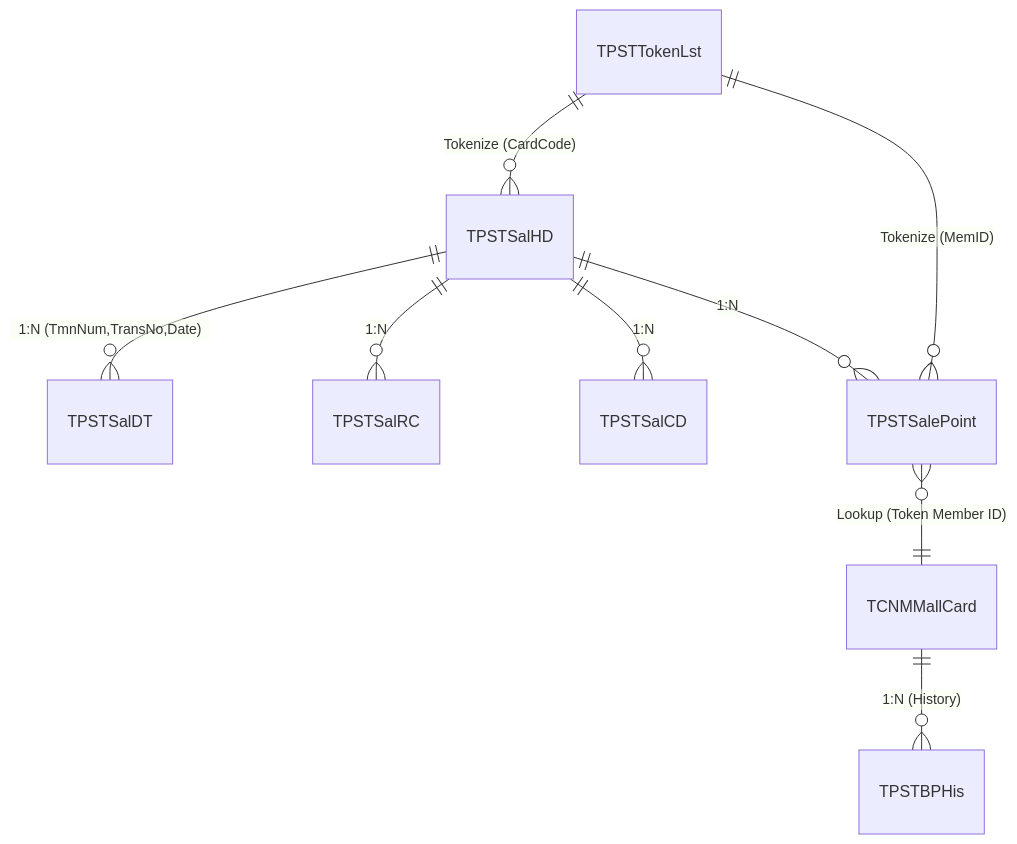
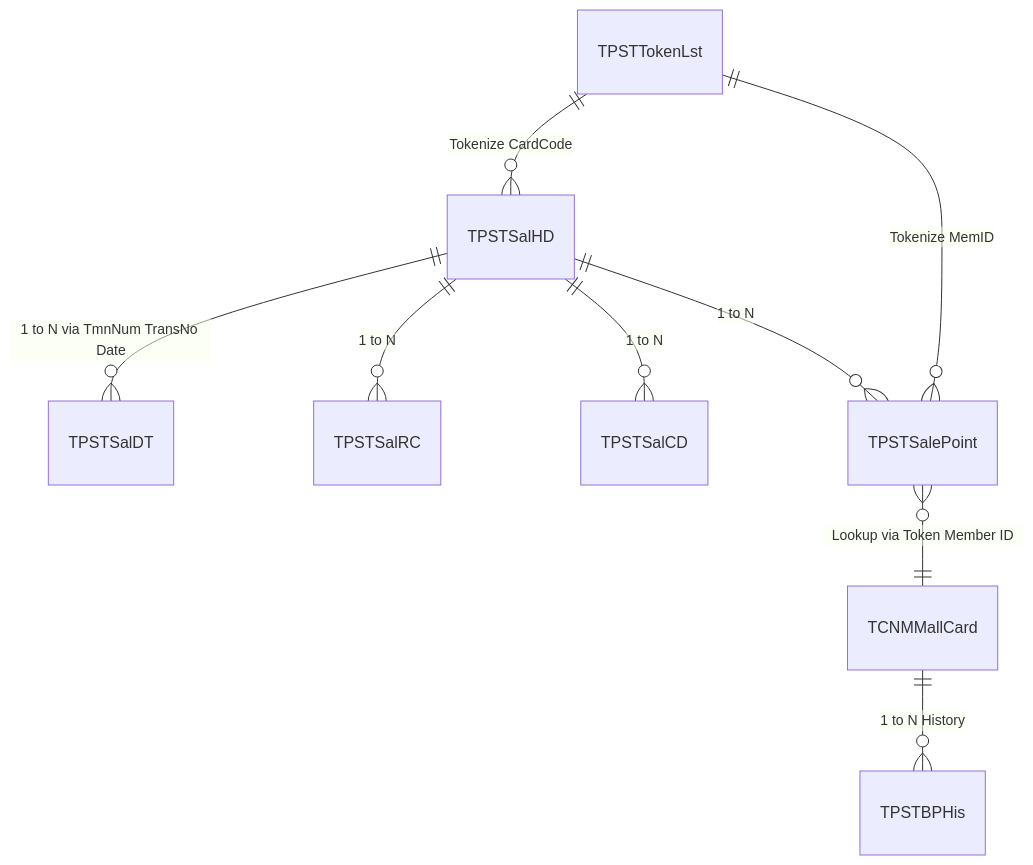
One commit to fth-support/rev_engineer changed the diagram in knowledge-pool/dist/docs/02_Data_Dictionary.md. Above: the diagram before and after it, drawn with Mermaid. The commit also changed 51 other files, not shown here.

````diff
--- a/knowledge-pool/dist/docs/02_Data_Dictionary.md
+++ b/knowledge-pool/dist/docs/02_Data_Dictionary.md
@@ -19,13 +19,13 @@
 ```mermaid
 erDiagram
-    TPSTSalHD ||--o{ TPSTSalDT : "1:N (TmnNum,TransNo,Date)"
-    TPSTSalHD ||--o{ TPSTSalRC : "1:N"
-    TPSTSalHD ||--o{ TPSTSalCD : "1:N"
-    TPSTSalHD ||--o{ TPSTSalePoint : "1:N"
+    TPSTSalHD ||--o{ TPSTSalDT : "1 to N via TmnNum TransNo Date"
+    TPSTSalHD ||--o{ TPSTSalRC : "1 to N"
+    TPSTSalHD ||--o{ TPSTSalCD : "1 to N"
+    TPSTSalHD ||--o{ TPSTSalePoint : "1 to N"
     
-    TPSTSalePoint }o--|| TCNMMallCard : "Lookup (Token Member ID)"
-    TCNMMallCard ||--o{ TPSTBPHis : "1:N (History)"
+    TPSTSalePoint }o--|| TCNMMallCard : "Lookup via Token Member ID"
+    TCNMMallCard ||--o{ TPSTBPHis : "1 to N History"
     
-    TPSTTokenLst ||--o{ TPSTSalHD : "Tokenize (CardCode)"
-    TPSTTokenLst ||--o{ TPSTSalePoint : "Tokenize (MemID)"
+    TPSTTokenLst ||--o{ TPSTSalHD : "Tokenize CardCode"
+    TPSTTokenLst ||--o{ TPSTSalePoint : "Tokenize MemID"
 ```
````
